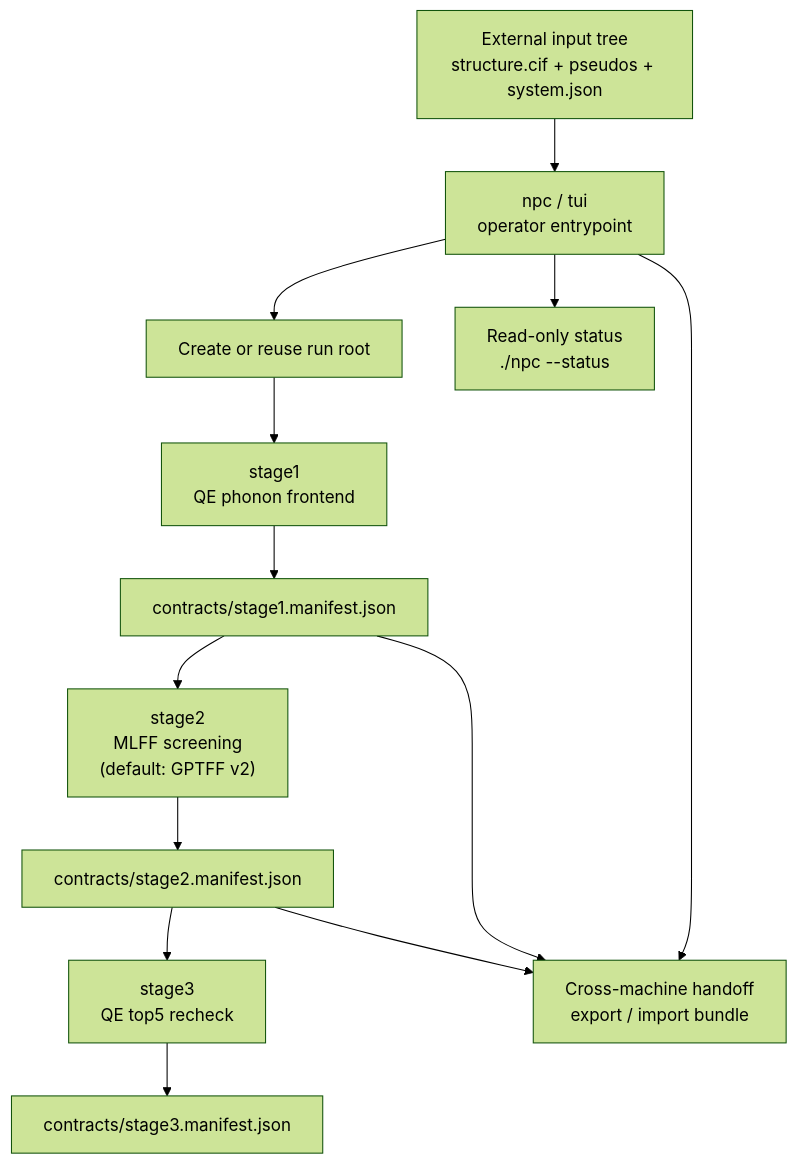
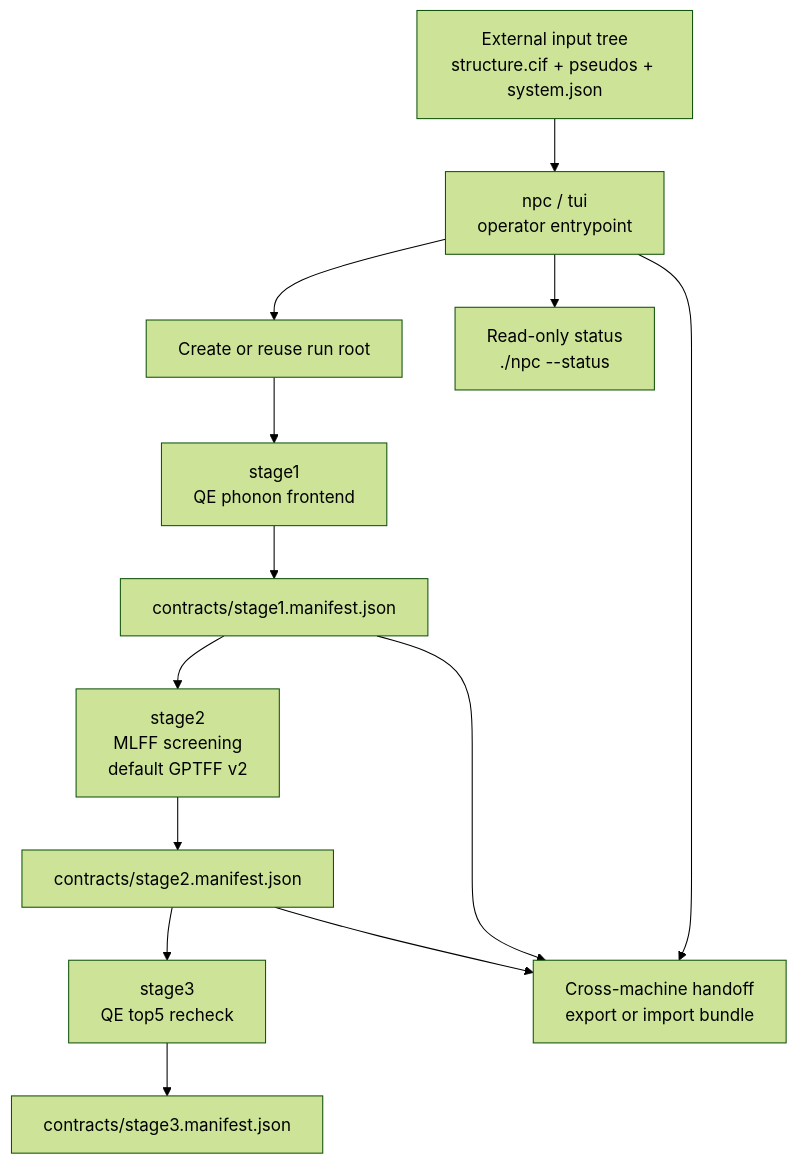
Before and after one commit to sakuralmt/Nonlinear-Phonon-Calculation: the diagram in README.md, drawn with Mermaid (forest theme). The commit also changed other lines of this file and 1 other file, not shown here.

Commit message:
docs: make workflow mermaid github-safe

````diff
--- a/README.md
+++ b/README.md
@@ -542,15 +542,15 @@
 ```mermaid
 flowchart TB
-    A["External input tree\nstructure.cif + pseudos + system.json"] --> B["npc / tui\noperator entrypoint"]
+    A["External input tree<br/>structure.cif + pseudos + system.json"] --> B["npc / tui<br/>operator entrypoint"]
     B --> C["Create or reuse run root"]
-    C --> D["stage1\nQE phonon frontend"]
+    C --> D["stage1<br/>QE phonon frontend"]
     D --> E["contracts/stage1.manifest.json"]
-    E --> F["stage2\nMLFF screening\n(default: GPTFF v2)"]
+    E --> F["stage2<br/>MLFF screening<br/>default GPTFF v2"]
     F --> G["contracts/stage2.manifest.json"]
-    G --> H["stage3\nQE top5 recheck"]
+    G --> H["stage3<br/>QE top5 recheck"]
     H --> I["contracts/stage3.manifest.json"]
-    B --> J["Read-only status\n./npc --status"]
-    B --> K["Cross-machine handoff\nexport / import bundle"]
+    B --> J["Read-only status<br/>./npc --status"]
+    B --> K["Cross-machine handoff<br/>export or import bundle"]
     E --> K
     G --> K
 ```
````
